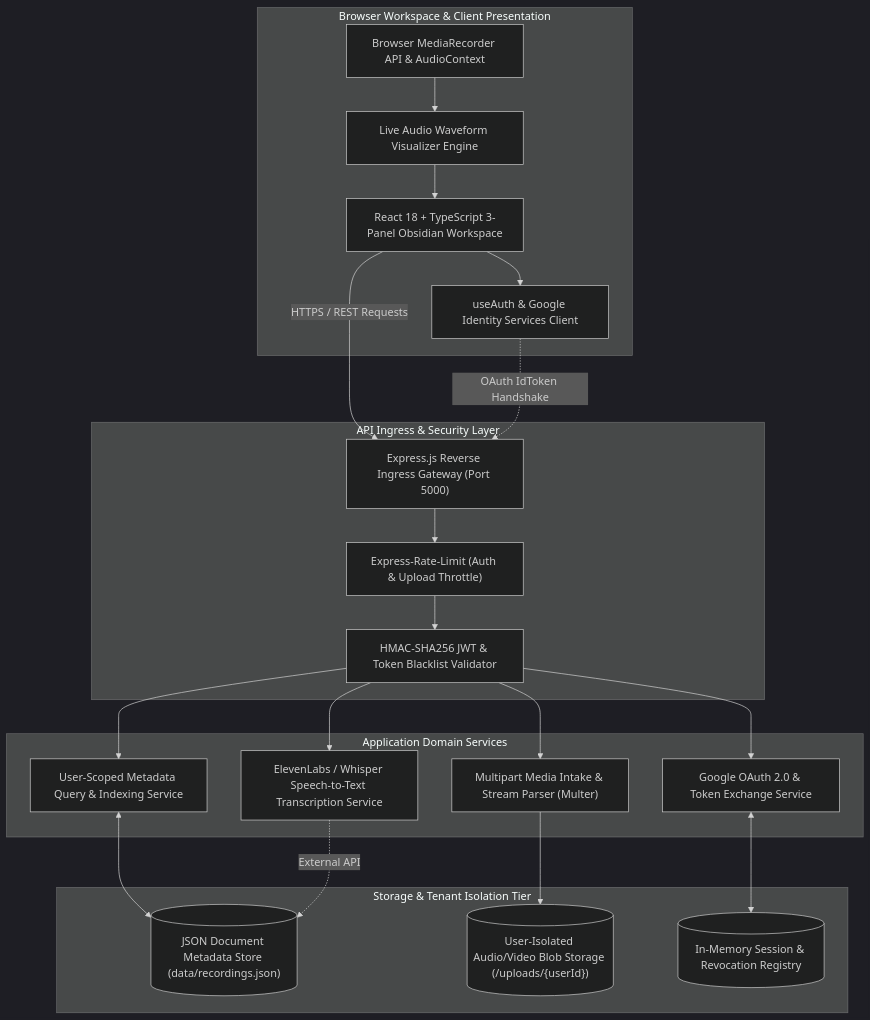
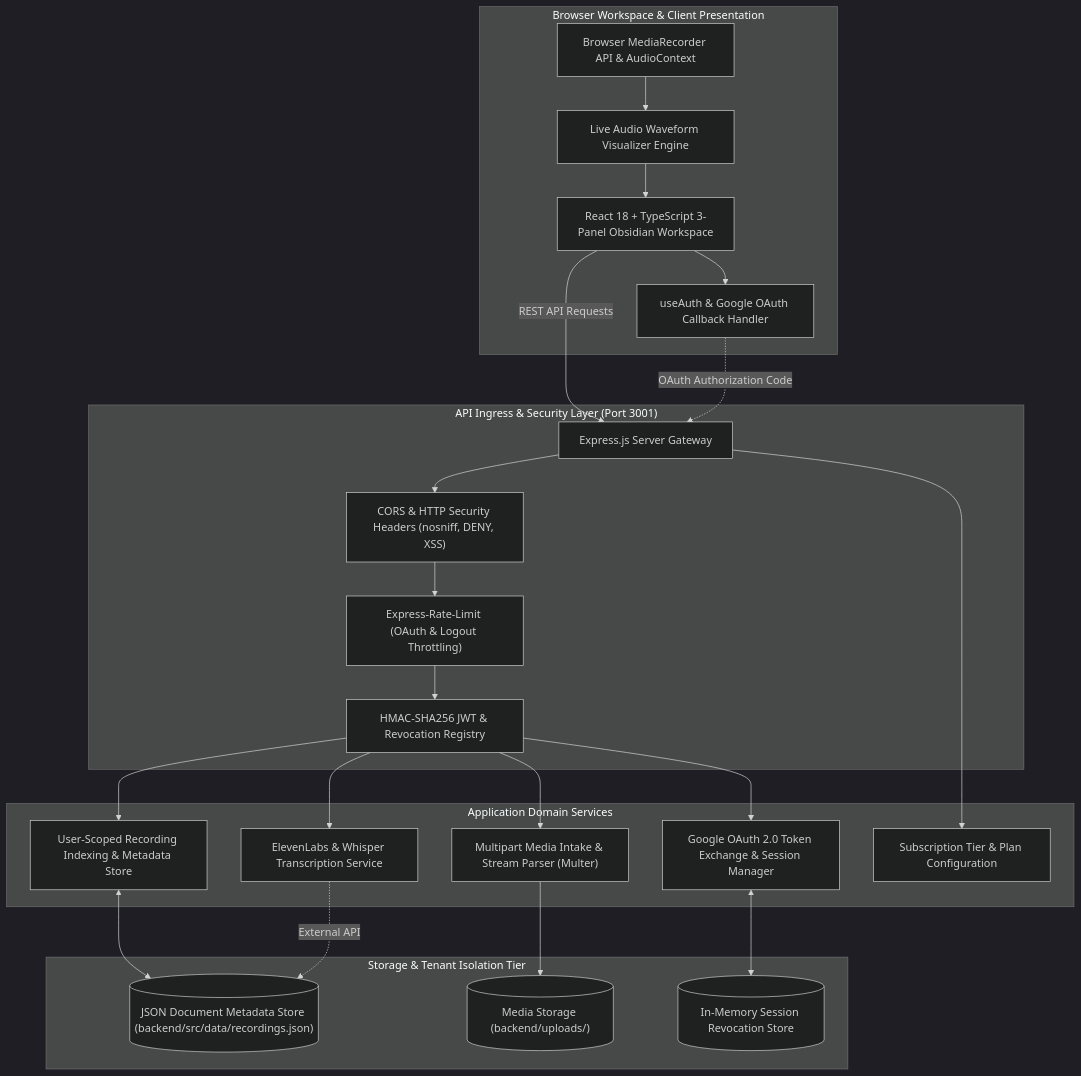
Before and after one commit to shlokbshetty/Vnotes: the diagram in README.md, drawn with Mermaid (dark theme). The commit also changed other lines of this file, not shown here.

Commit message:
docs(readme): synchronize enterprise documentation, diagrams, routes, and verification commands

````diff
--- a/README.md
+++ b/README.md
@@ -16,47 +16,51 @@
 ```mermaid
 graph TD
     subgraph BrowserClient ["Browser Workspace & Client Presentation"]
         MediaRecorder["Browser MediaRecorder API & AudioContext"]
         Waveform["Live Audio Waveform Visualizer Engine"]
         ReactUI["React 18 + TypeScript 3-Panel Obsidian Workspace"]
-        AuthHook["useAuth & Google Identity Services Client"]
+        AuthHook["useAuth & Google OAuth Callback Handler"]
     end
 
-    subgraph IngressGateway ["API Ingress & Security Layer"]
-        Express["Express.js Reverse Ingress Gateway (Port 5000)"]
-        RateLimit["Express-Rate-Limit (Auth & Upload Throttle)"]
-        JWTMiddleware["HMAC-SHA256 JWT & Token Blacklist Validator"]
+    subgraph IngressGateway ["API Ingress & Security Layer (Port 3001)"]
+        Express["Express.js Server Gateway"]
+        RateLimit["Express-Rate-Limit (OAuth & Logout Throttling)"]
+        JWTMiddleware["HMAC-SHA256 JWT & Revocation Registry"]
+        CorsHeaders["CORS & HTTP Security Headers (nosniff, DENY, XSS)"]
     end
 
     subgraph ServiceOrchestration ["Application Domain Services"]
-        AuthService["Google OAuth 2.0 & Token Exchange Service"]
+        AuthService["Google OAuth 2.0 Token Exchange & Session Manager"]
         MediaService["Multipart Media Intake & Stream Parser (Multer)"]
-        LibraryService["User-Scoped Metadata Query & Indexing Service"]
-        SpeechService["ElevenLabs / Whisper Speech-to-Text Transcription Service"]
+        LibraryService["User-Scoped Recording Indexing & Metadata Store"]
+        SpeechService["ElevenLabs & Whisper Transcription Service"]
+        PricingService["Subscription Tier & Plan Configuration"]
     end
 
     subgraph PersistenceLayer ["Storage & Tenant Isolation Tier"]
-        MetadataStore[("JSON Document Metadata Store (data/recordings.json)")]
-        FileBlob[("User-Isolated Audio/Video Blob Storage (/uploads/{userId})")]
-        SessionCache[("In-Memory Session & Revocation Registry")]
+        MetadataStore[("JSON Document Metadata Store (backend/src/data/recordings.json)")]
+        FileBlob[("Media Storage (backend/uploads/)")]
+        SessionCache[("In-Memory Session Revocation Store")]
     end
 
     MediaRecorder --> Waveform
     Waveform --> ReactUI
     ReactUI --> AuthHook
-    ReactUI -->|HTTPS / REST Requests| Express
-    AuthHook -.->|OAuth IdToken Handshake| Express
+    ReactUI -->|REST API Requests| Express
+    AuthHook -.->|OAuth Authorization Code| Express
 
-    Express --> RateLimit
+    Express --> CorsHeaders
+    CorsHeaders --> RateLimit
     RateLimit --> JWTMiddleware
 
     JWTMiddleware --> AuthService
     JWTMiddleware --> MediaService
     JWTMiddleware --> LibraryService
     JWTMiddleware --> SpeechService
+    Express --> PricingService
 
     AuthService <--> SessionCache
     MediaService --> FileBlob
     LibraryService <--> MetadataStore
     SpeechService -.->|External API| MetadataStore
 ```
````
